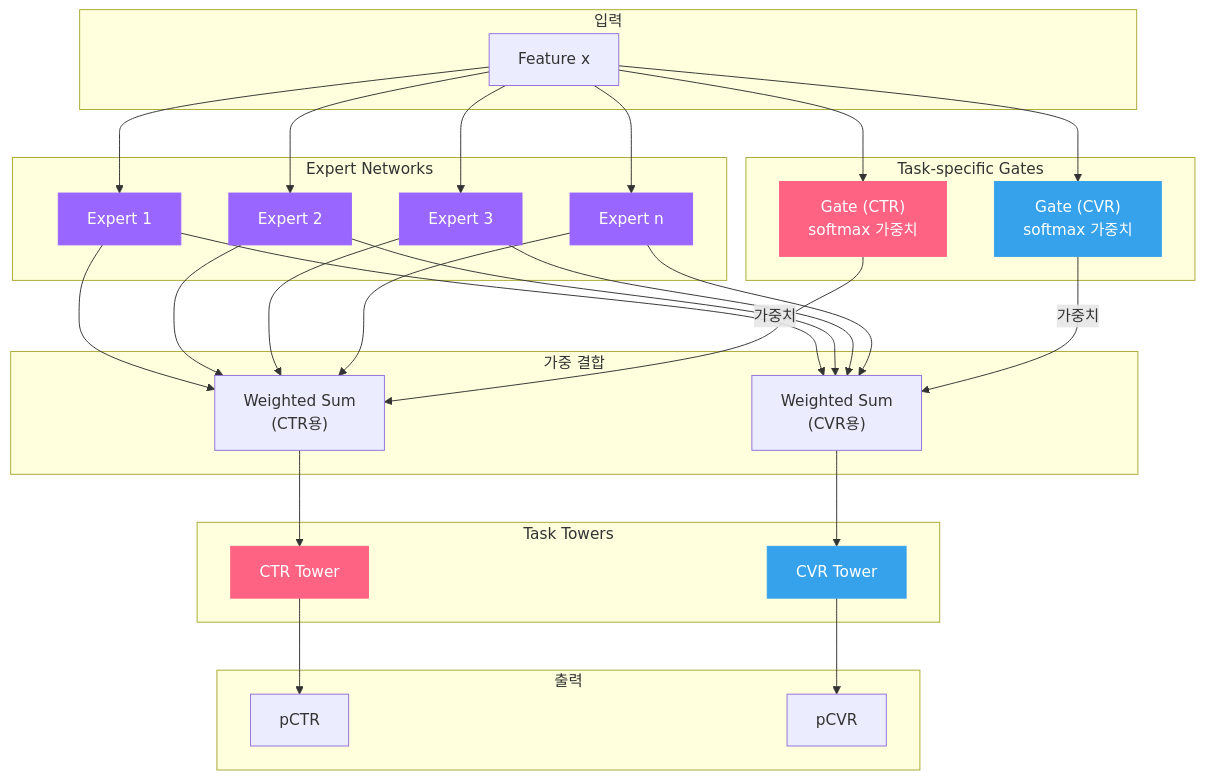
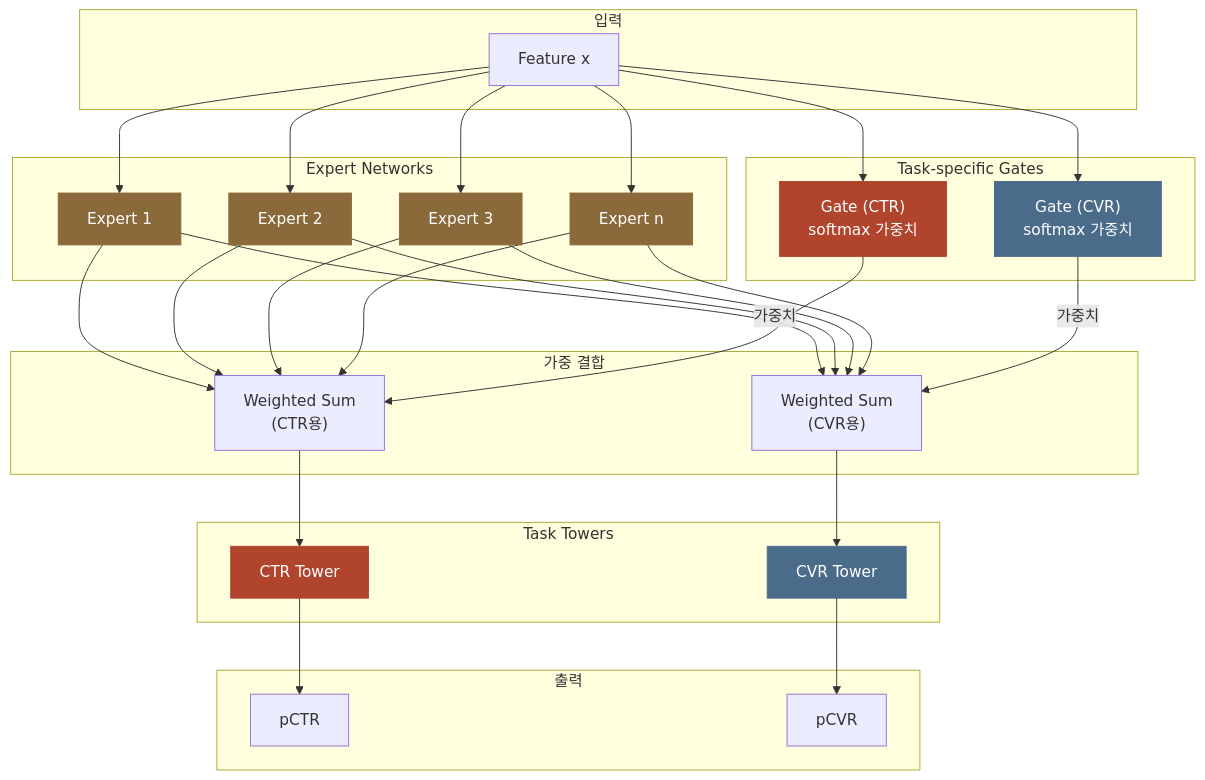
Before and after one commit to chkimsu/adtech-blog: the fourth of 5 diagrams in posts/multi-task-learning.md, drawn with Mermaid. The commit also changed other lines of this file and 40 other files, not shown here.

````diff
--- a/posts/multi-task-learning.md
+++ b/posts/multi-task-learning.md
@@ -516,64 +516,64 @@
 ```mermaid
 graph TD
     subgraph Input["입력"]
         X["Feature x"]
     end
 
     subgraph Experts["Expert Networks"]
         E1["Expert 1"]
         E2["Expert 2"]
         E3["Expert 3"]
         En["Expert n"]
     end
 
     subgraph Gates["Task-specific Gates"]
         G1["Gate (CTR)<br/>softmax 가중치"]
         G2["Gate (CVR)<br/>softmax 가중치"]
     end
 
     subgraph Combine["가중 결합"]
         C1["Weighted Sum<br/>(CTR용)"]
         C2["Weighted Sum<br/>(CVR용)"]
     end
 
     subgraph Towers["Task Towers"]
         T1["CTR Tower"]
         T2["CVR Tower"]
     end
 
     subgraph Out["출력"]
         O1["pCTR"]
         O2["pCVR"]
     end
 
     X --> E1
     X --> E2
     X --> E3
     X --> En
     X --> G1
     X --> G2
 
     E1 --> C1
     E2 --> C1
     E3 --> C1
     En --> C1
     G1 -->|"가중치"| C1
 
     E1 --> C2
     E2 --> C2
     E3 --> C2
     En --> C2
     G2 -->|"가중치"| C2
 
     C1 --> T1 --> O1
     C2 --> T2 --> O2
 
-    style E1 fill:#9966ff,stroke:#9966ff,color:#fff
-    style E2 fill:#9966ff,stroke:#9966ff,color:#fff
-    style E3 fill:#9966ff,stroke:#9966ff,color:#fff
-    style En fill:#9966ff,stroke:#9966ff,color:#fff
-    style G1 fill:#ff6384,stroke:#ff6384,color:#fff
-    style G2 fill:#36a2eb,stroke:#36a2eb,color:#fff
-    style T1 fill:#ff6384,stroke:#ff6384,color:#fff
-    style T2 fill:#36a2eb,stroke:#36a2eb,color:#fff
+    style E1 fill:#8a6a3a,stroke:#8a6a3a,color:#fff
+    style E2 fill:#8a6a3a,stroke:#8a6a3a,color:#fff
+    style E3 fill:#8a6a3a,stroke:#8a6a3a,color:#fff
+    style En fill:#8a6a3a,stroke:#8a6a3a,color:#fff
+    style G1 fill:#b0442c,stroke:#b0442c,color:#fff
+    style G2 fill:#4a6b8a,stroke:#4a6b8a,color:#fff
+    style T1 fill:#b0442c,stroke:#b0442c,color:#fff
+    style T2 fill:#4a6b8a,stroke:#4a6b8a,color:#fff
 ```
````
